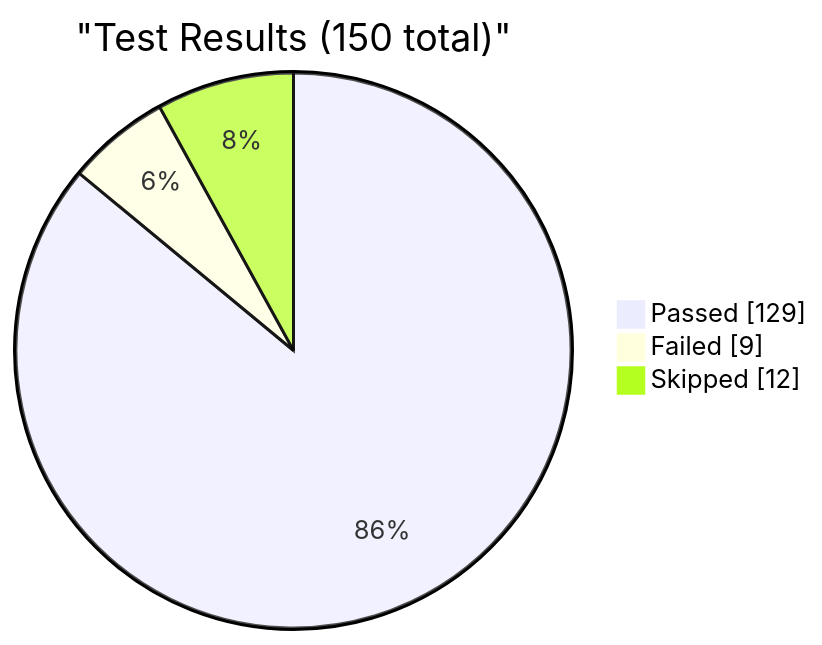
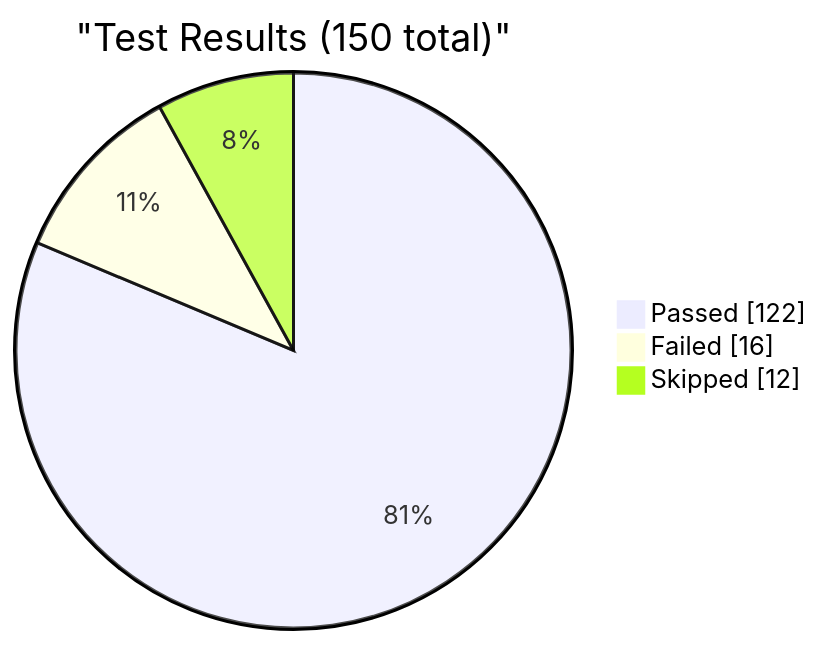
The first of 4 diagrams in reports/dashboard.md (EliteaAI/onetest-ai-tm-Elitea), drawn with Mermaid before and after one commit. The commit also changed other lines of this file and 1 other file, not shown here.

Commit message:
dashboard: update test metrics for RUN-ELITEA-2026-08-21-29-DEV-STABLE-ALL-SCHEDULED-FAILED

````diff
--- a/reports/dashboard.md
+++ b/reports/dashboard.md
@@ -9,7 +9,7 @@
 ```mermaid
 pie showData
     title "Test Results (150 total)"
-    "Passed" : 129
-    "Failed" : 9
+    "Passed" : 122
+    "Failed" : 16
     "Skipped" : 12
 ```
````
